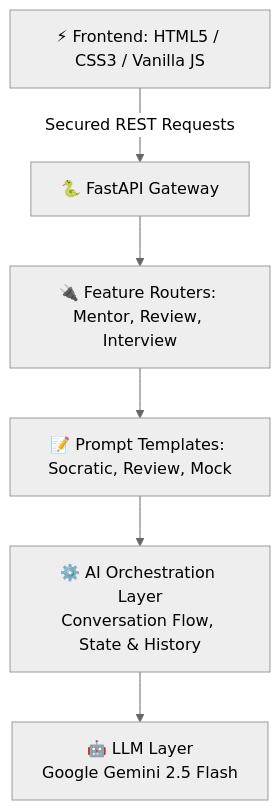
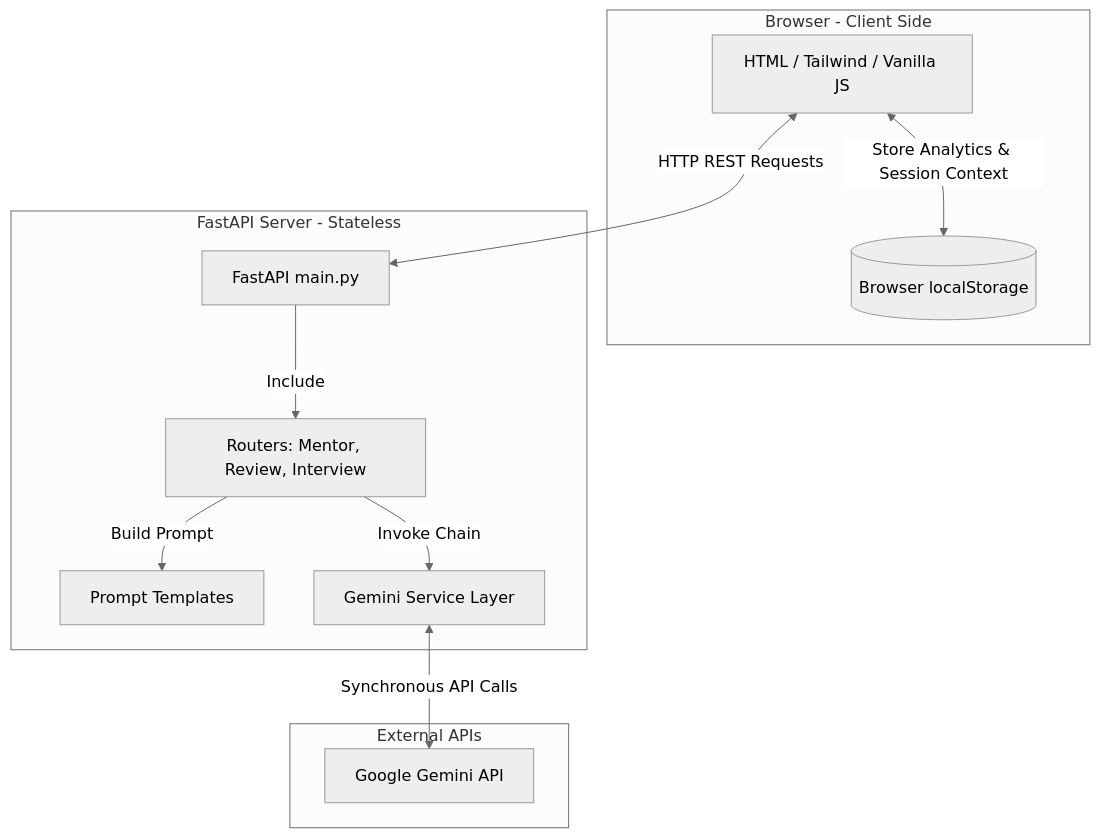
One commit to diwakar2905/AlgoSensei-Your-Personal-AI-Coding-Sensei changed the diagram in Readme.md. Above: the diagram before and after it, drawn with Mermaid (neutral theme). The commit also changed other lines of this file and 6 other files, not shown here.

````diff
--- a/Readme.md
+++ b/Readme.md
@@ -36,8 +42,26 @@
 ```mermaid
 flowchart TD
-    A[⚡ Frontend: HTML5 / CSS3 / Vanilla JS] -->|Secured REST Requests| B[🐍 FastAPI Gateway]
-    B --> C[🔌 Feature Routers: Mentor, Review, Interview]
-    C --> D[📝 Prompt Templates: Socratic, Review, Mock]
-    D --> E[⚙️ AI Orchestration Layer<br/>Conversation Flow, State & History]
-    E --> F[🤖 LLM Layer<br/>Google Gemini 2.5 Flash]
+    subgraph Client [Browser - Client Side]
+        UI[HTML / Tailwind / Vanilla JS]
+        LS[(Browser localStorage)]
+        UI <-->|Store Analytics & Session Context| LS
+    end
+
+    subgraph Backend [FastAPI Server - Stateless]
+        GW[FastAPI main.py]
+        R[Routers: Mentor, Review, Interview]
+        P[Prompt Templates]
+        S[Gemini Service Layer]
+
+        GW -->|Include| R
+        R -->|Build Prompt| P
+        R -->|Invoke Chain| S
+    end
+
+    subgraph External [External APIs]
+        G[Google Gemini API]
+    end
+
+    UI <-->|HTTP REST Requests| GW
+    S <-->|Synchronous API Calls| G
 ```
````
